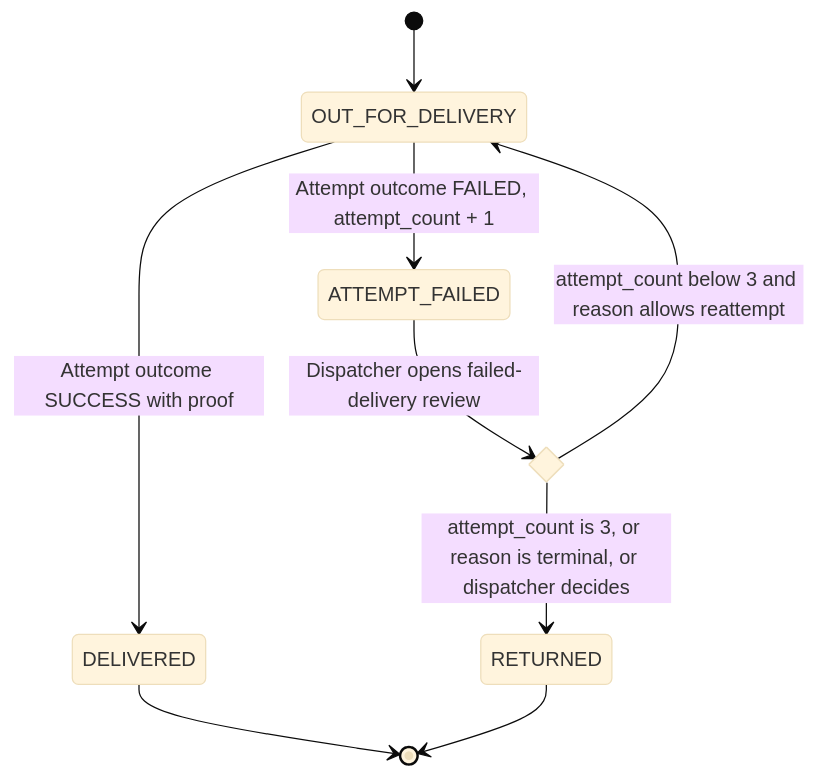
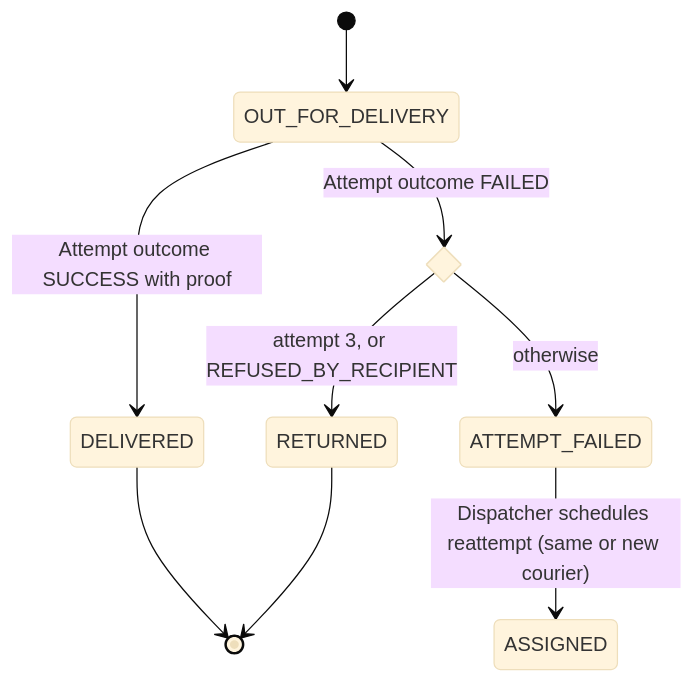
The sixth of 55 diagrams in docs/drafts/member-07-dispatcher-admin-web-gateway/doc-02-functional-flows-and-business-rules.md (phantomTroupeEAD/SwiftDrop), drawn with Mermaid (base theme) before and after one commit. The commit also changed other lines of this file and 125 other files, not shown here.

````diff
--- a/docs/drafts/member-07-dispatcher-admin-web-gateway/doc-02-functional-flows-and-business-rules.md
+++ b/docs/drafts/member-07-dispatcher-admin-web-gateway/doc-02-functional-flows-and-business-rules.md
@@ -246,12 +248,12 @@
 ```mermaid
 stateDiagram-v2
     [*] --> OUT_FOR_DELIVERY
     OUT_FOR_DELIVERY --> DELIVERED: Attempt outcome SUCCESS with proof
-    OUT_FOR_DELIVERY --> ATTEMPT_FAILED: Attempt outcome FAILED, attempt_count + 1
-    state Review <<choice>>
-    ATTEMPT_FAILED --> Review: Dispatcher opens failed-delivery review
-    Review --> OUT_FOR_DELIVERY: attempt_count below 3 and reason allows reattempt
-    Review --> RETURNED: attempt_count is 3, or reason is terminal, or dispatcher decides
+    state Count <<choice>>
+    OUT_FOR_DELIVERY --> Count: Attempt outcome FAILED
+    Count --> RETURNED: attempt 3, or REFUSED_BY_RECIPIENT
+    Count --> ATTEMPT_FAILED: otherwise
+    ATTEMPT_FAILED --> ASSIGNED: Dispatcher schedules reattempt (same or new courier)
     DELIVERED --> [*]
     RETURNED --> [*]
 ```
````
